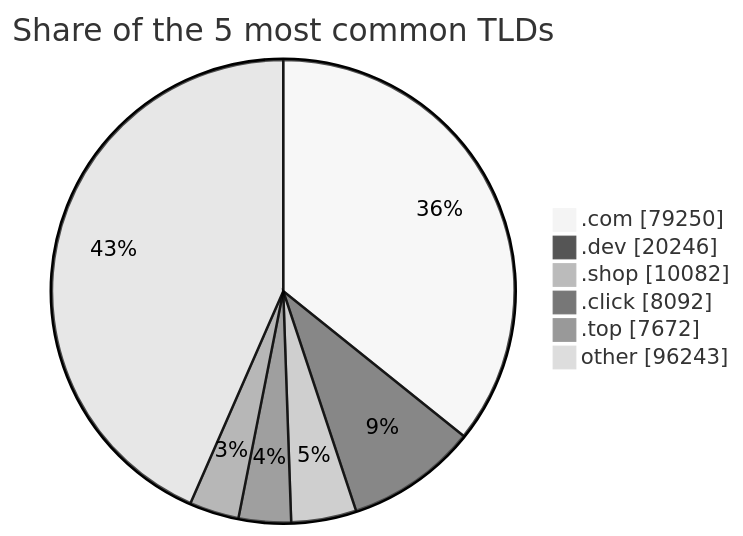
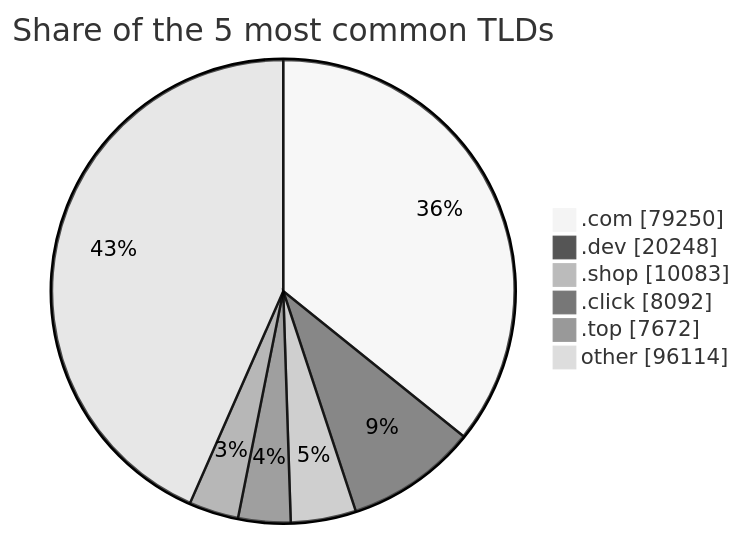
One commit to DNSBunker/CTI changed the third of 3 diagrams in README.md. Above: the diagram before and after it, drawn with Mermaid (neutral theme). The commit also changed other lines of this file and 3 other files, not shown here.

````diff
--- a/README.md
+++ b/README.md
@@ -81,9 +81,9 @@
 ```mermaid
 pie showData title Share of the 5 most common TLDs
     ".com" : 79250
-    ".dev" : 20246
-    ".shop" : 10082
+    ".dev" : 20248
+    ".shop" : 10083
     ".click" : 8092
     ".top" : 7672
-    "other" : 96243
+    "other" : 96114
 ```
````
